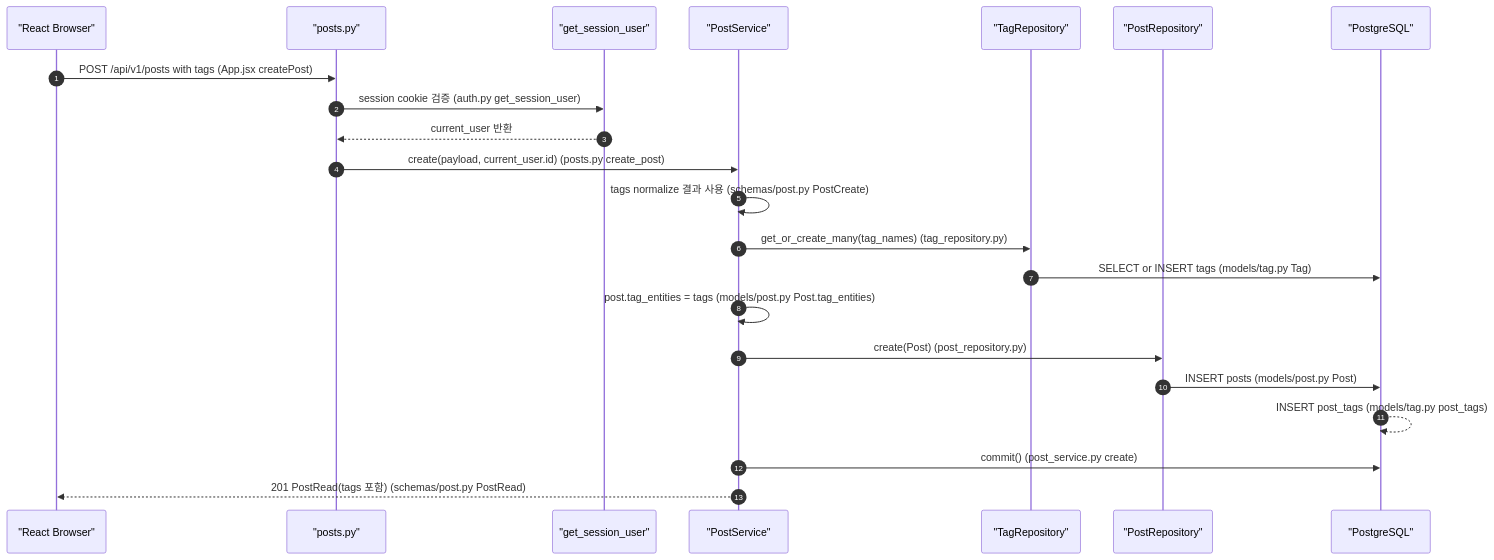
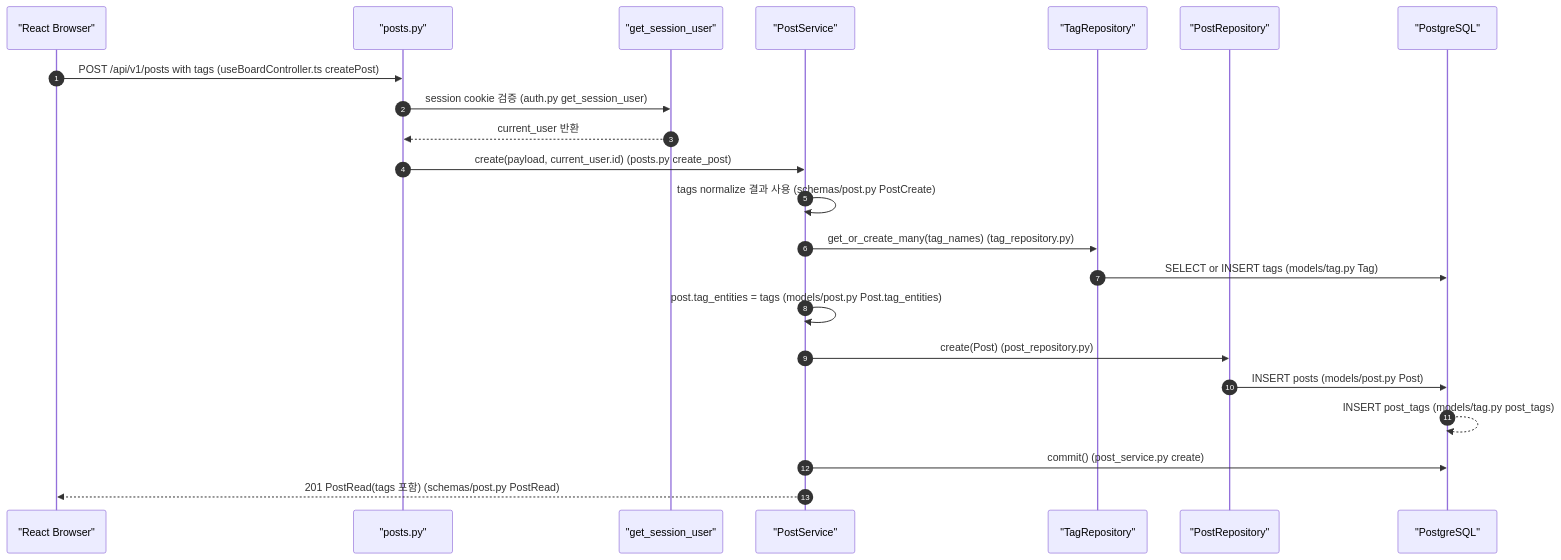
Before and after one commit to JUNGLE-TEAM1/W16_team_sprint: the second of 6 diagrams in docs2/sprint-4/implementation-record.md, drawn with Mermaid. The commit also changed other lines of this file and 5 other files, not shown here.

````diff
--- a/docs2/sprint-4/implementation-record.md
+++ b/docs2/sprint-4/implementation-record.md
@@ -321,25 +329,25 @@
 ```mermaid
 sequenceDiagram
     autonumber
     participant Browser as "React Browser"
     participant Router as "posts.py"
     participant Auth as "get_session_user"
     participant Service as "PostService"
     participant TagRepo as "TagRepository"
     participant PostRepo as "PostRepository"
     participant DB as "PostgreSQL"
 
-    Browser->>Router: POST /api/v1/posts with tags (App.jsx createPost)
+    Browser->>Router: POST /api/v1/posts with tags (useBoardController.ts createPost)
     Router->>Auth: session cookie 검증 (auth.py get_session_user)
     Auth-->>Router: current_user 반환
     Router->>Service: create(payload, current_user.id) (posts.py create_post)
     Service->>Service: tags normalize 결과 사용 (schemas/post.py PostCreate)
     Service->>TagRepo: get_or_create_many(tag_names) (tag_repository.py)
     TagRepo->>DB: SELECT or INSERT tags (models/tag.py Tag)
     Service->>Service: post.tag_entities = tags (models/post.py Post.tag_entities)
     Service->>PostRepo: create(Post) (post_repository.py)
     PostRepo->>DB: INSERT posts (models/post.py Post)
     DB-->>DB: INSERT post_tags (models/tag.py post_tags)
     Service->>DB: commit() (post_service.py create)
     Service-->>Browser: 201 PostRead(tags 포함) (schemas/post.py PostRead)
 ```
````
